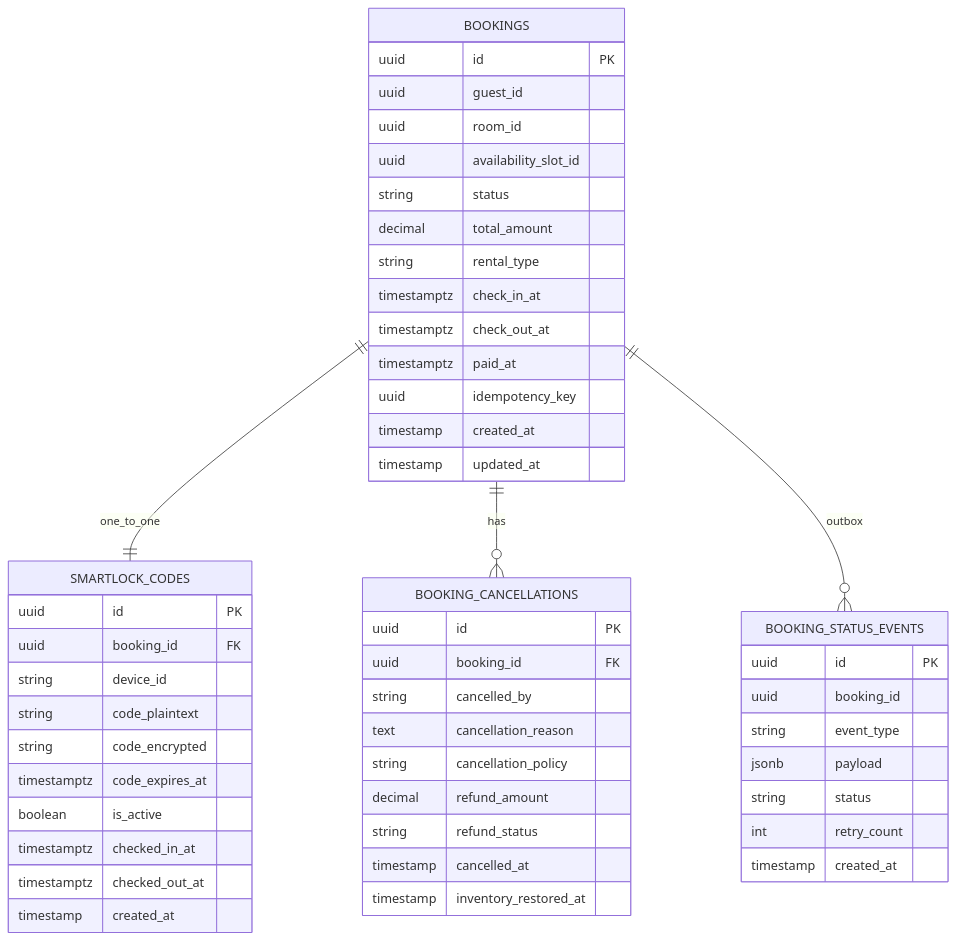
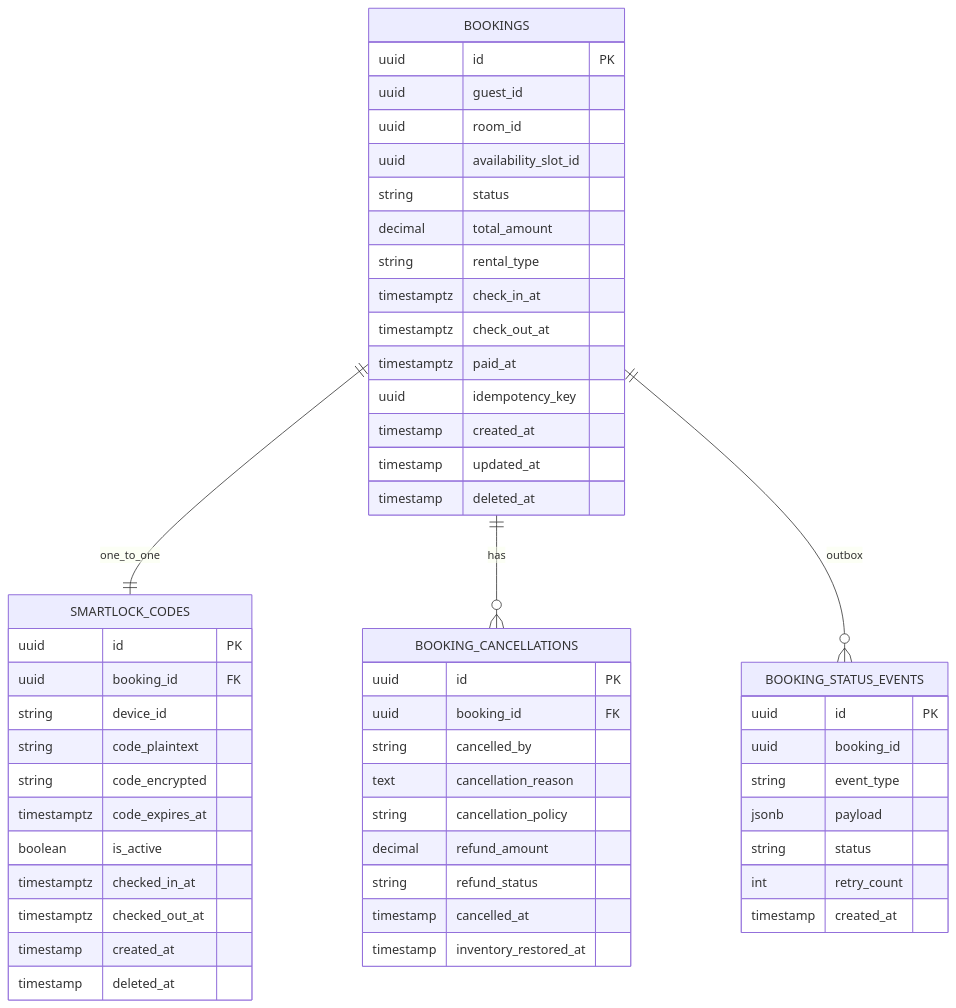
One commit to PhamVietHoangFPT/databaseHomi changed the second of 41 diagrams in Mermaid.md. Above: the diagram before and after it, drawn with Mermaid. The commit also changed other lines of this file and 2 other files, not shown here.

````diff
--- a/Mermaid.md
+++ b/Mermaid.md
@@ -105,57 +132,59 @@
 ```mermaid
 erDiagram
     BOOKINGS ||--|| SMARTLOCK_CODES : one_to_one
     BOOKINGS ||--o{ BOOKING_CANCELLATIONS : has
     BOOKINGS ||--o{ BOOKING_STATUS_EVENTS : outbox
 
     BOOKINGS {
         uuid id PK
         uuid guest_id
         uuid room_id
         uuid availability_slot_id
         string status
         decimal total_amount
         string rental_type
         timestamptz check_in_at
         timestamptz check_out_at
         timestamptz paid_at
         uuid idempotency_key
         timestamp created_at
         timestamp updated_at
+        timestamp deleted_at
     }
 
     SMARTLOCK_CODES {
         uuid id PK
         uuid booking_id FK
         string device_id
         string code_plaintext
         string code_encrypted
         timestamptz code_expires_at
         boolean is_active
         timestamptz checked_in_at
         timestamptz checked_out_at
         timestamp created_at
+        timestamp deleted_at
     }
 
     BOOKING_CANCELLATIONS {
         uuid id PK
         uuid booking_id FK
         string cancelled_by
         text cancellation_reason
         string cancellation_policy
         decimal refund_amount
         string refund_status
         timestamp cancelled_at
         timestamp inventory_restored_at
     }
 
     BOOKING_STATUS_EVENTS {
         uuid id PK
         uuid booking_id
         string event_type
         jsonb payload
         string status
         int retry_count
         timestamp created_at
     }
 ```
````
